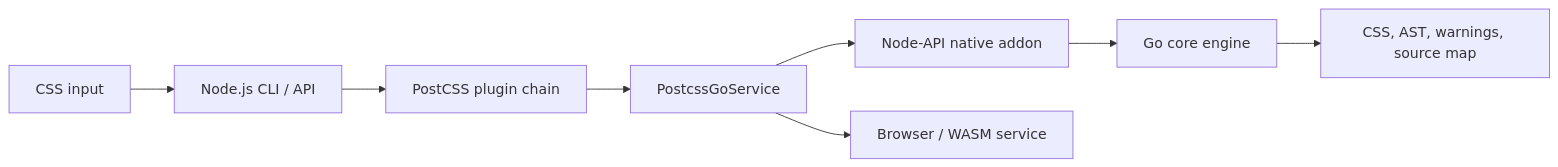
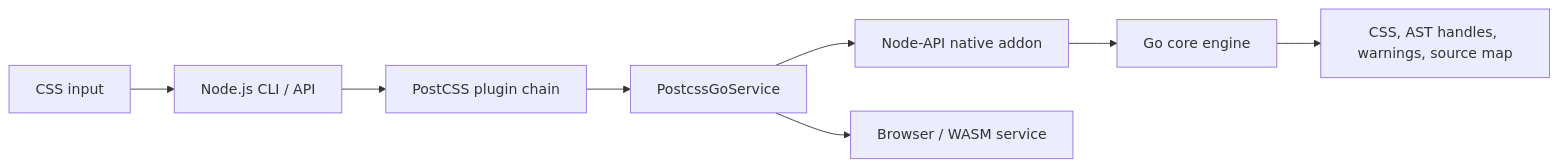
The first of 2 diagrams in docs/architecture.md (postcss-go/postcss-go), drawn with Mermaid before and after one commit. The commit also changed other lines of this file and 133 other files, not shown here.

````diff
--- a/docs/architecture.md
+++ b/docs/architecture.md
@@ -7,10 +7,10 @@
 ```mermaid
 flowchart LR
     Input[CSS input] --> CLI[Node.js CLI / API]
     CLI --> Plugins[PostCSS plugin chain]
     Plugins --> Service[PostcssGoService]
     Service --> Bridge[Node-API native addon]
     Bridge --> Core[Go core engine]
-    Core --> Output[CSS, AST, warnings, source map]
+    Core --> Output[CSS, AST handles, warnings, source map]
     Service --> Browser[Browser / WASM service]
 ```
````
